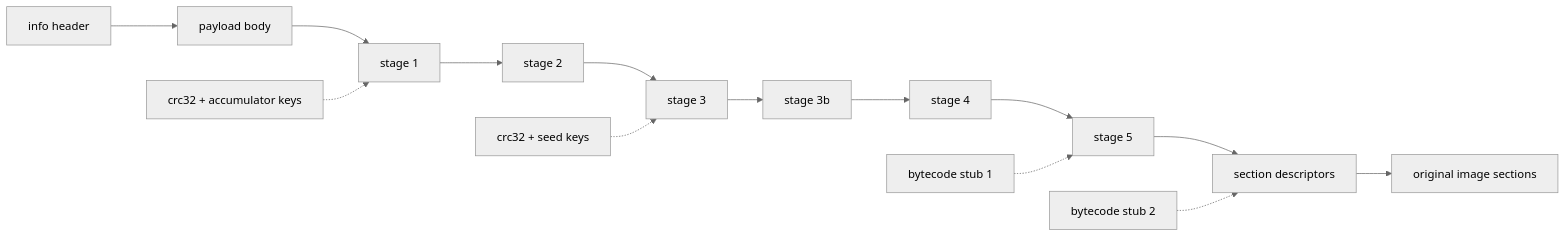
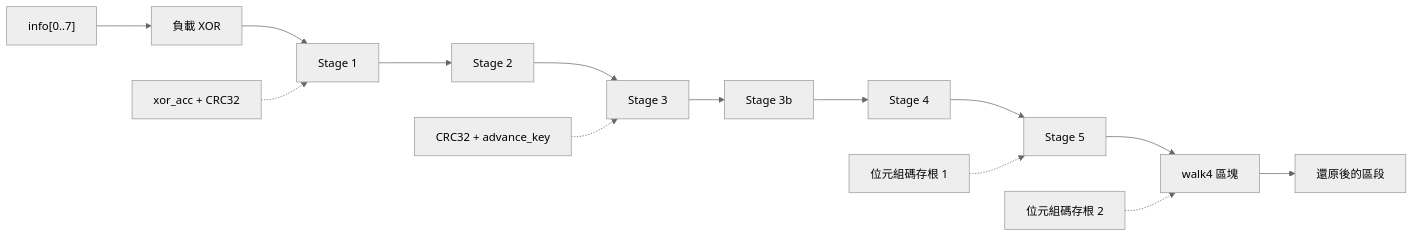
Before and after one commit to Momoko-Ayase/crackproof-research: the first of 2 diagrams in internals/windows/zh-tw/loading-and-pe-repair/loading/stage-chain.md, drawn with Mermaid (neutral theme). The commit also changed other lines of this file and 446 other files, not shown here.

````diff
--- a/internals/windows/zh-tw/loading-and-pe-repair/loading/stage-chain.md
+++ b/internals/windows/zh-tw/loading-and-pe-repair/loading/stage-chain.md
@@ -9,10 +10,10 @@
 ```mermaid
 flowchart LR
-    H["info header"] --> P["payload body"] --> S1["stage 1"] --> S2["stage 2"]
-    S2 --> S3["stage 3"] --> S3b["stage 3b"] --> S4["stage 4"] --> S5["stage 5"]
-    S5 --> SEC["section descriptors"] --> IMG["original image sections"]
-    C1["crc32 + accumulator keys"] -.-> S1
-    C2["crc32 + seed keys"] -.-> S3
-    C3["bytecode stub 1"] -.-> S5
-    C4["bytecode stub 2"] -.-> SEC
+    H["info[0..7]"] --> P["負載 XOR"] --> S1["Stage 1"] --> S2["Stage 2"]
+    S2 --> S3["Stage 3"] --> S3b["Stage 3b"] --> S4["Stage 4"] --> S5["Stage 5"]
+    S5 --> SEC["walk4 區塊"] --> IMG["還原後的區段"]
+    C1["xor_acc + CRC32"] -.-> S1
+    C2["CRC32 + advance_key"] -.-> S3
+    C3["位元組碼存根 1"] -.-> S5
+    C4["位元組碼存根 2"] -.-> SEC
 ```
````
